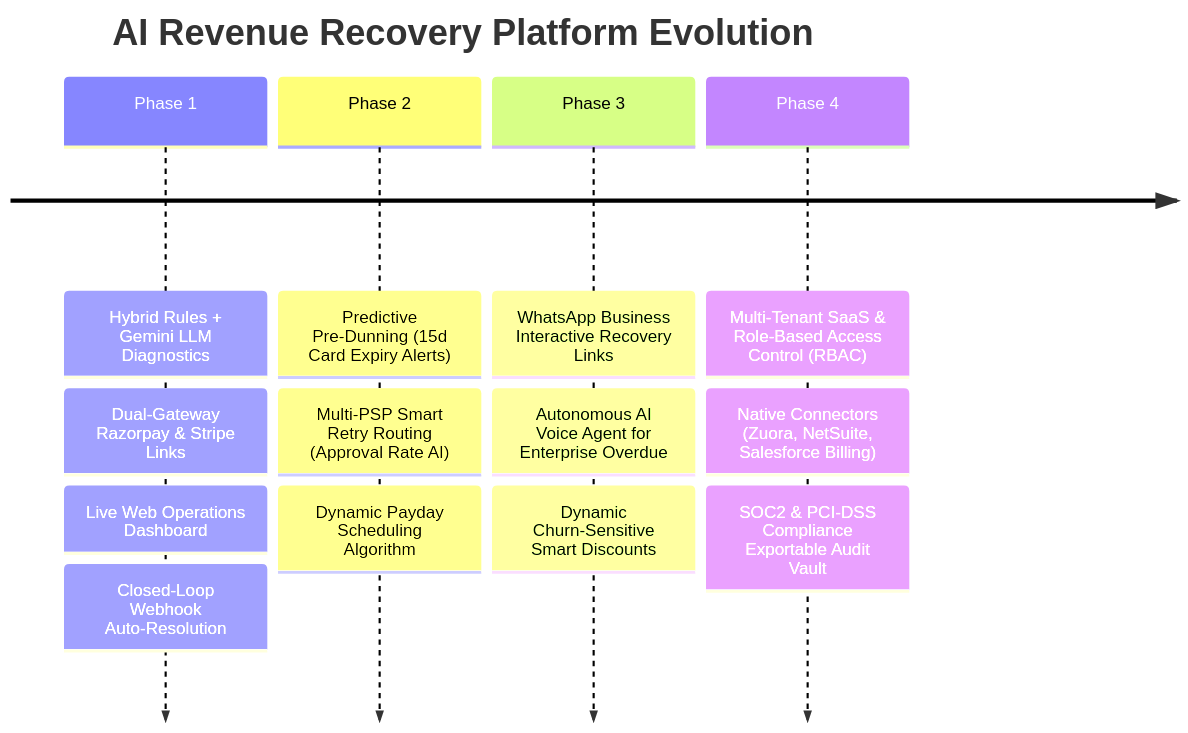
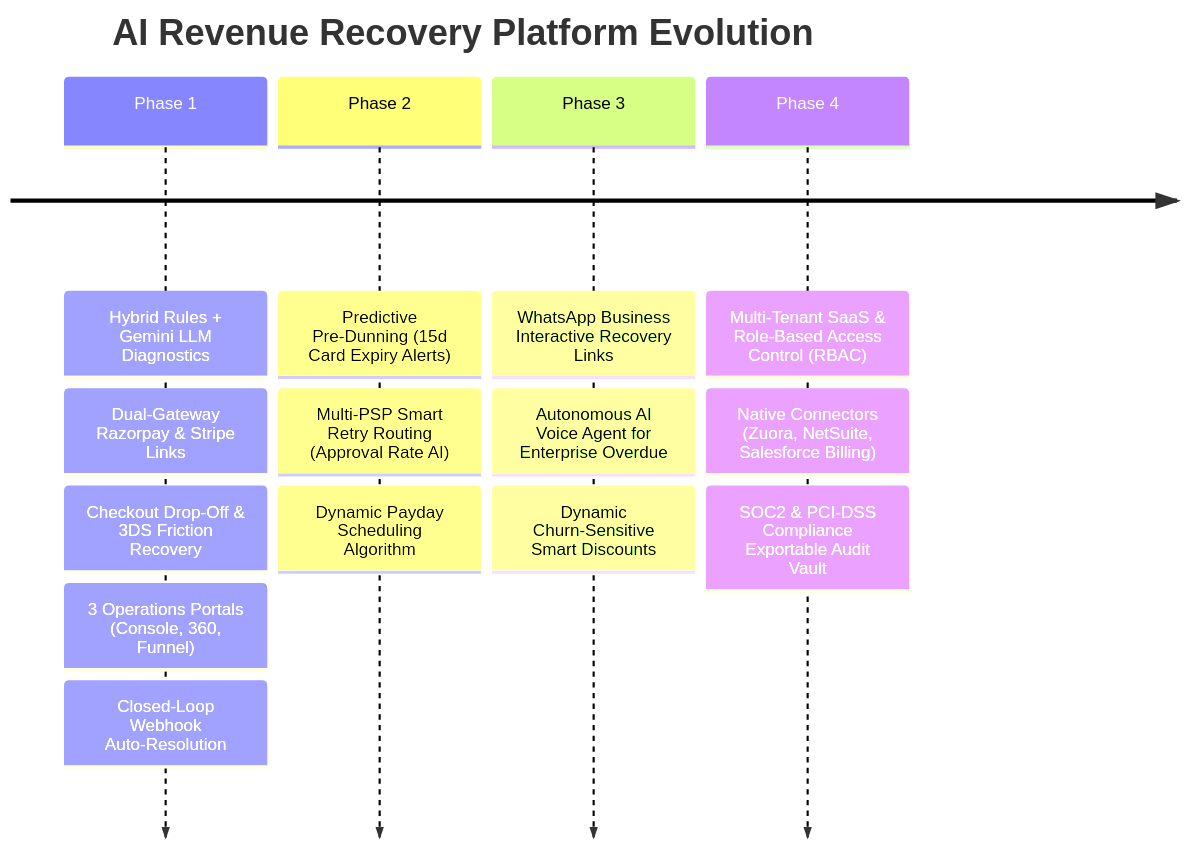
One commit to awejofficial/ai-revenue-v1 changed the second of 2 diagrams in README.md. Above: the diagram before and after it, drawn with Mermaid. The commit also changed other lines of this file and 3 other files, not shown here.

````diff
--- a/README.md
+++ b/README.md
@@ -269,17 +330,18 @@
 ```mermaid
 timeline
     title AI Revenue Recovery Platform Evolution
     Phase 1 : Hybrid Rules + Gemini LLM Diagnostics
             : Dual-Gateway Razorpay & Stripe Links
-            : Live Web Operations Dashboard
+            : Checkout Drop-Off & 3DS Friction Recovery
+            : 3 Operations Portals (Console, 360, Funnel)
             : Closed-Loop Webhook Auto-Resolution
     Phase 2 : Predictive Pre-Dunning (15d Card Expiry Alerts)
             : Multi-PSP Smart Retry Routing (Approval Rate AI)
             : Dynamic Payday Scheduling Algorithm
     Phase 3 : WhatsApp Business Interactive Recovery Links
             : Autonomous AI Voice Agent for Enterprise Overdue
             : Dynamic Churn-Sensitive Smart Discounts
     Phase 4 : Multi-Tenant SaaS & Role-Based Access Control (RBAC)
             : Native Connectors (Zuora, NetSuite, Salesforce Billing)
             : SOC2 & PCI-DSS Compliance Exportable Audit Vault
 ```
````
